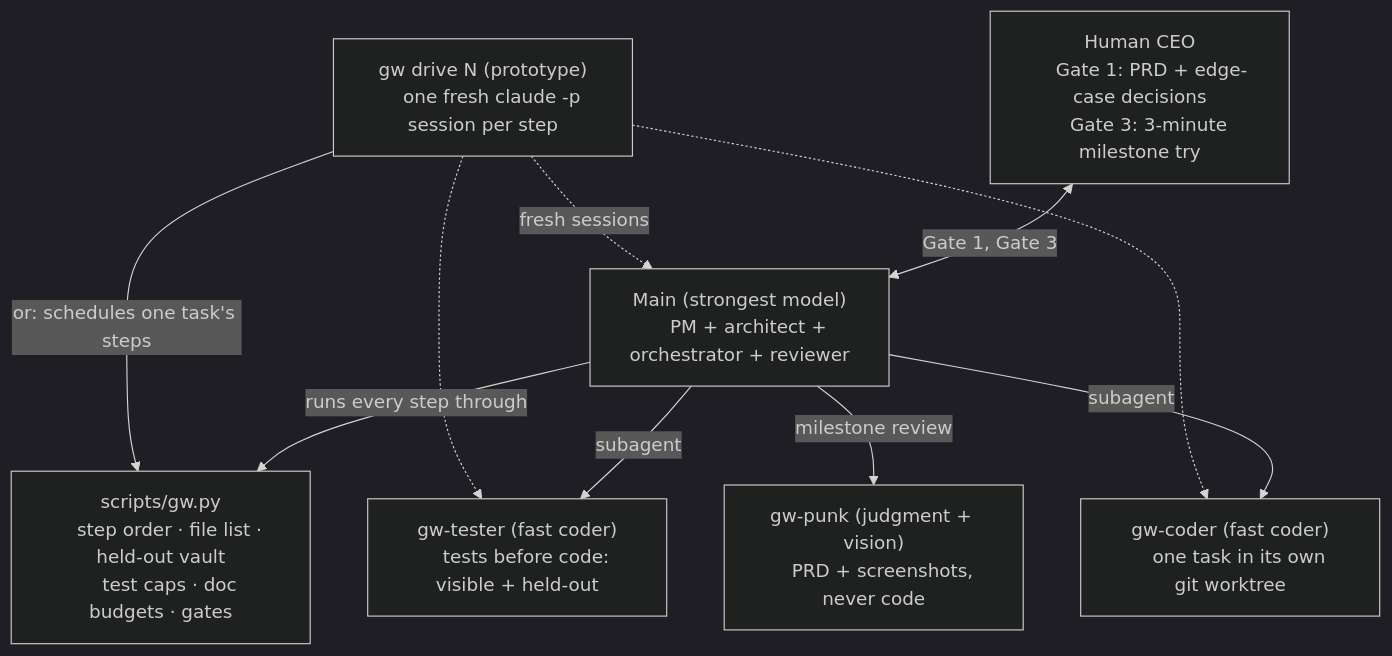
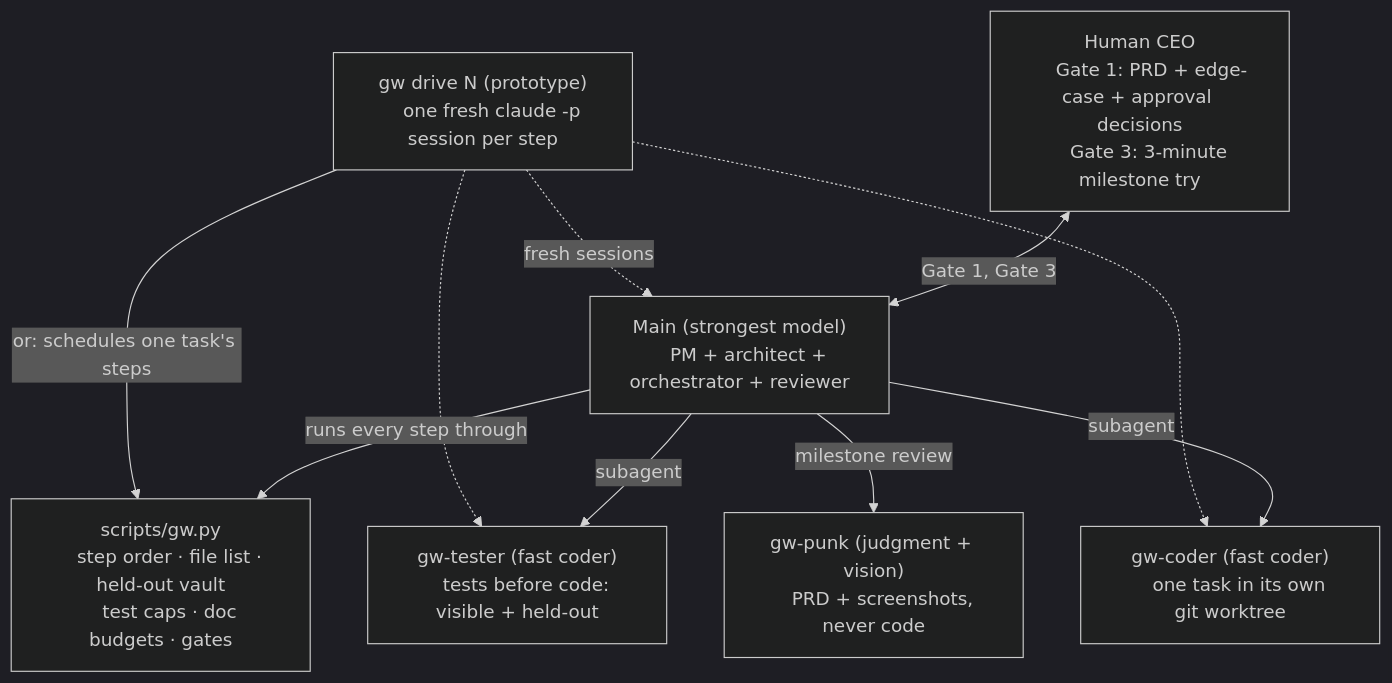
Before and after one commit to Ramirez0291/graph-workflow: the diagram in README.md, drawn with Mermaid (dark theme). The commit also changed other lines of this file and 1 other file, not shown here.

````diff
--- a/README.md
+++ b/README.md
@@ -31,29 +45,29 @@
 ```mermaid
 flowchart TD
     CEO["Human CEO
-    Gate 1: PRD + edge-case decisions
+    Gate 1: PRD + edge-case + approval decisions
     Gate 3: 3-minute milestone try"]
     Main["Main (strongest model)
     PM + architect + orchestrator + reviewer"]
     GW["scripts/gw.py
     step order · file list · held-out vault
     test caps · doc budgets · gates"]
     Drive["gw drive N (prototype)
     one fresh claude -p session per step"]
     Tester["gw-tester (fast coder)
     tests before code: visible + held-out"]
     Coder["gw-coder (fast coder)
     one task in its own git worktree"]
     Punk["gw-punk (judgment + vision)
     PRD + screenshots, never code"]
 
     CEO <-->|"Gate 1, Gate 3"| Main
     Main -->|"runs every step through"| GW
     Main -->|"subagent"| Tester
     Main -->|"subagent"| Coder
     Main -->|"milestone review"| Punk
     Drive -->|"or: schedules one task's steps"| GW
     Drive -.->|"fresh sessions"| Main
     Drive -.-> Tester
     Drive -.-> Coder
 ```
````
